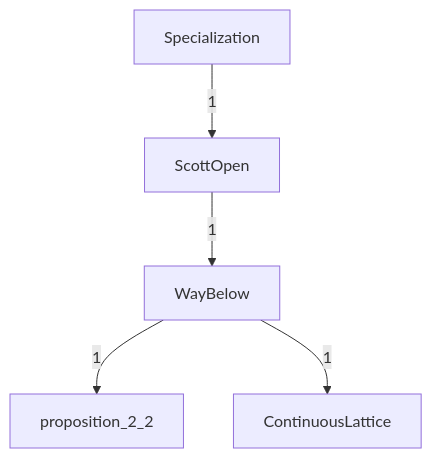
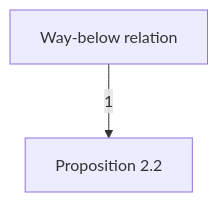
The diagram in DomainTheory/ContinuousLattice/WayBelow/WayBelow.mermaid (catskillsresearch/DomainTheory), drawn with Mermaid before and after one commit. The commit also changed 22 other files, not shown here.

First line of the commit message:
Revise §2 Specialization and Way-below notes; fold WayBelow lemmas into namespace.

```diff
--- a/DomainTheory/ContinuousLattice/WayBelow/WayBelow.mermaid
+++ b/DomainTheory/ContinuousLattice/WayBelow/WayBelow.mermaid
@@ -1,18 +1,13 @@
-%% Inside WayBelow. A box is one Lean file in this folder, or one subfolder.
-%% A box named as another folder is that whole folder. A box named as another chapter is that whole chapter.
-%% The arrowhead points at the file or folder that imports. The label is how many direct imports.
+%% Notes of the way-below relation, in outline order.
+%% Each box is one outline note from 1972_WayBelow_order.md.
+%% Arrowhead on the importer. The number is a direct-import count.
+%% An arrow already implied by a longer path is omitted.
 flowchart TB
 
-  N4["ContinuousLattice"]
-  N19["proposition_2_2"]
-  N0["ScottOpen"]
-  Specialization["Specialization"]
-  N2["WayBelow"]
+  P22["Proposition 2.2"]
+  WB["Way-below relation"]
 
-  Specialization -->|"1"| N0
-  N2 -->|"1"| N19
-  N0 -->|"1"| N2
-  N2 -->|"1"| N4
+  WB -->|"1"| P22
 
   classDef file fill:#dbeafe,stroke:#1d4ed8,color:#1e3a8a
   classDef ext fill:#f3f4f6,stroke:#374151,color:#111827
```
